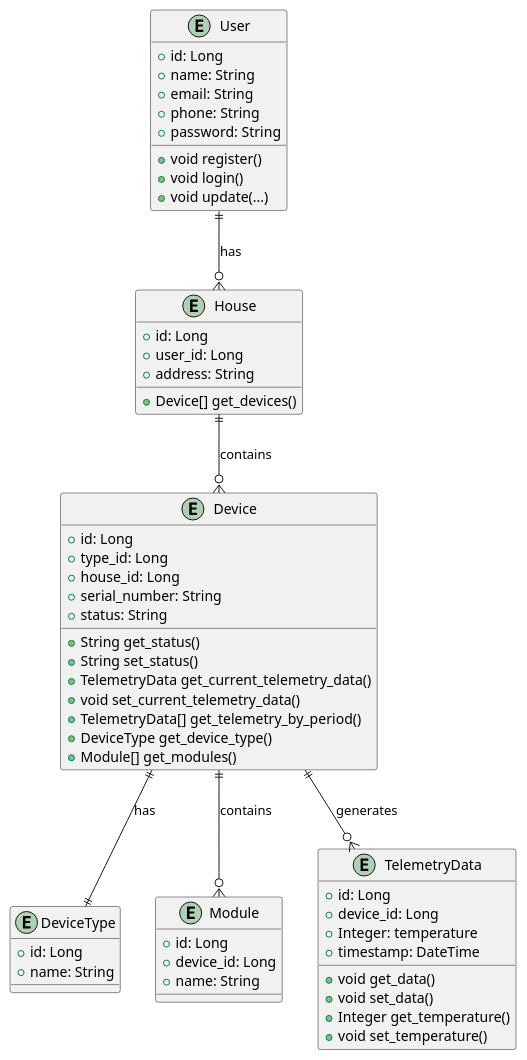
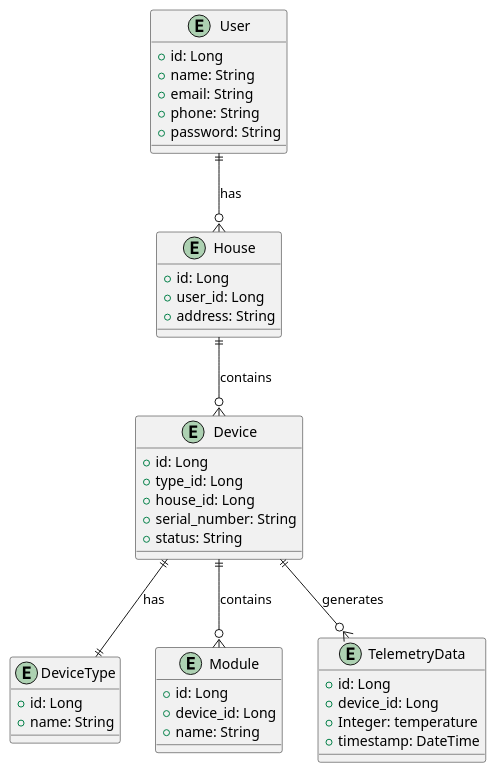
Before and after one commit to lgalkina/architecture-sprint-3: the diagram in diagrams/er.puml, drawn with PlantUML. The commit also changed 55 other files, not shown here.

```diff
--- a/diagrams/er.puml
+++ b/diagrams/er.puml
@@ -1,64 +1,49 @@
 @startuml
 
 entity User {
     +id: Long
     +name: String
     +email: String
     +phone: String
     +password: String
-    +void register()
-    +void login()
-    +void update(...)
 }
 
 entity House {
     +id: Long
     +user_id: Long
     +address: String
-    +Device[] get_devices()
 }
 
 entity Device {
     +id: Long
     +type_id: Long
     +house_id: Long
     +serial_number: String
     +status: String
-    +String get_status()
-    +String set_status()
-    +TelemetryData get_current_telemetry_data()
-    +void set_current_telemetry_data()
-    +TelemetryData[] get_telemetry_by_period()
-    +DeviceType get_device_type()
-    +Module[] get_modules()
 }
 
 entity DeviceType {
     +id: Long
     +name: String
 }
 
 entity Module {
     +id: Long
     +device_id: Long
     +name: String
 }
 
 entity TelemetryData {
     +id: Long
     +device_id: Long
     +Integer: temperature
     +timestamp: DateTime
-    +void get_data()
-    +void set_data()
-    +Integer get_temperature()
-    +void set_temperature()
 }
 
 User ||--o{ House : has
 House ||--o{ Device : contains
 Device ||--|| DeviceType : has
 Device ||--o{ Module : contains
 Device ||--o{ TelemetryData : generates
 
 @enduml
```
